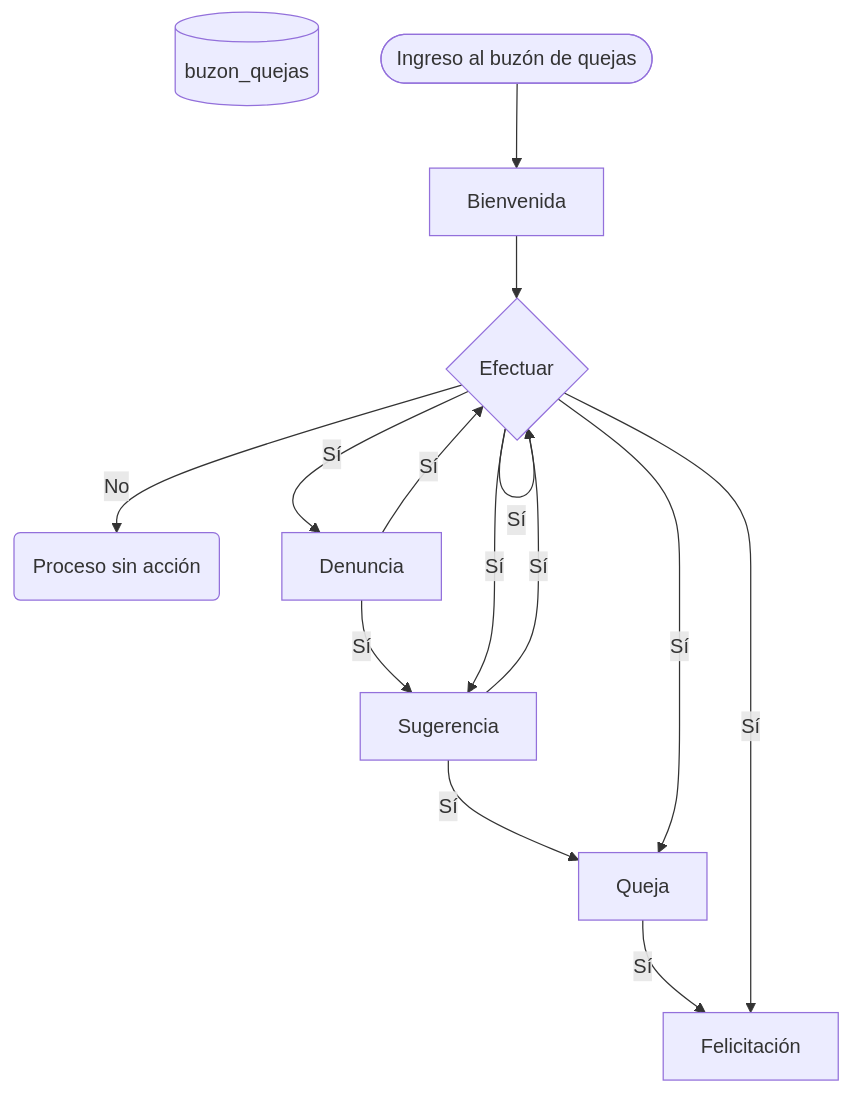
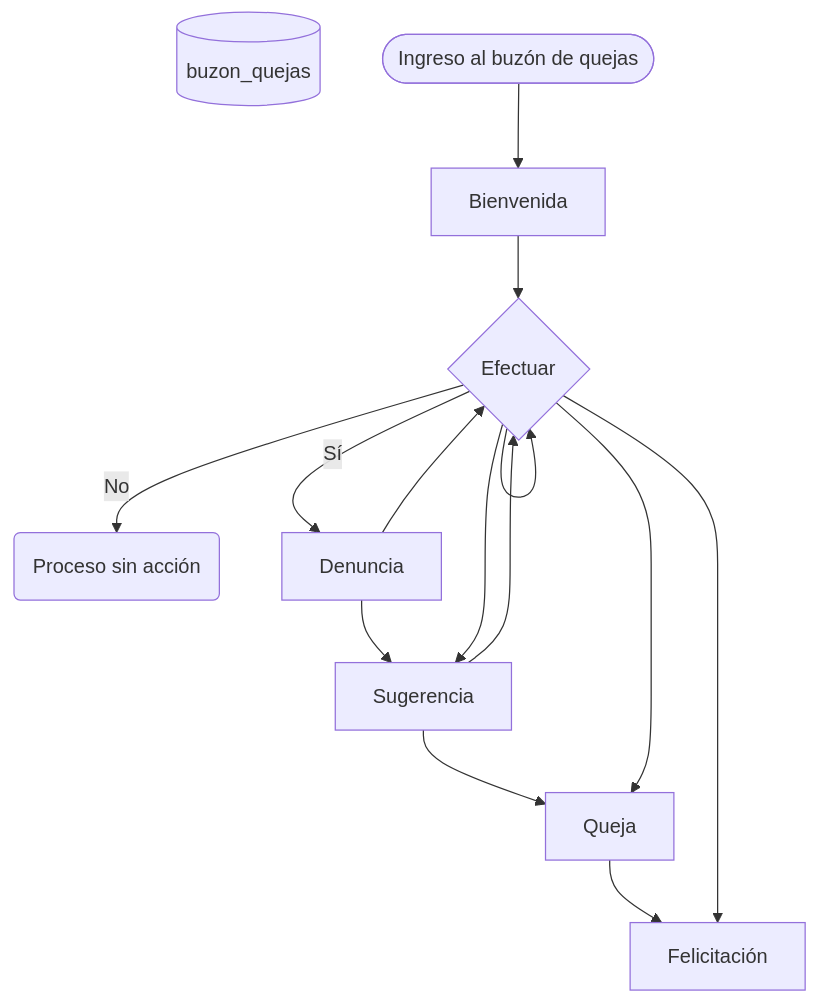
One commit to untalmike/mailbox changed the diagram in README.md. Above: the diagram before and after it, drawn with Mermaid.

Commit message:
Pruebas con el README

````diff
--- a/README.md
+++ b/README.md
@@ -40,13 +40,8 @@
     ```mermaid
         graph TD;
             buzonQuejas[(buzon_quejas)]
             id1([Ingreso al buzón de quejas])-->B;
             B[Bienvenida]-->C;
-            C{Efectuar}-->|No|D;
-            C{Efectuar}-->|Sí|E & C{Efectuar}-->|Sí|F & C{Efectuar}-->|Sí|G & C{Efectuar}-->|Sí|H;
-            D(Proceso sin acción);
-            E[Denuncia];
-            F[Sugerencia];
-            G[Queja];
-            H[Felicitación];
+            C{Efectuar}-->|No|D(Proceso sin acción);
+            C{Efectuar}-->|Sí|E[Denuncia] & C{Efectuar}-->F[Sugerencia] & C{Efectuar}-->G[Queja] & C{Efectuar}-->H[Felicitación];
     ```
````
